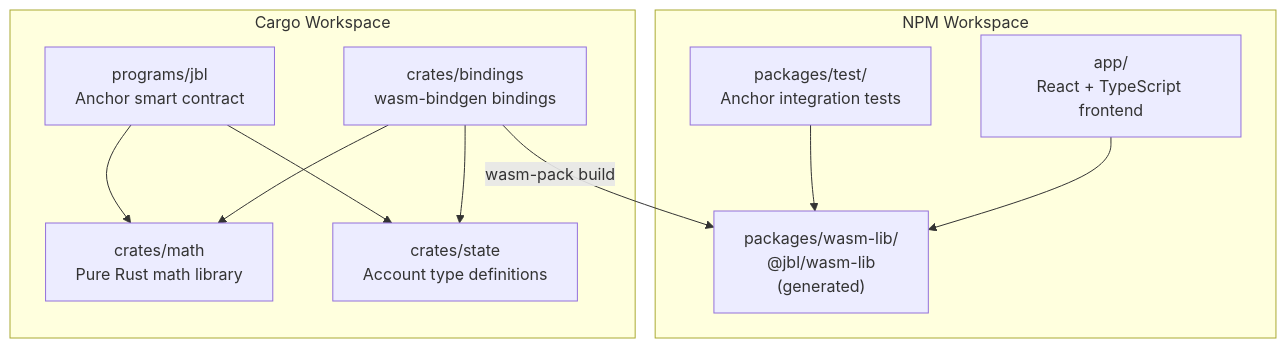
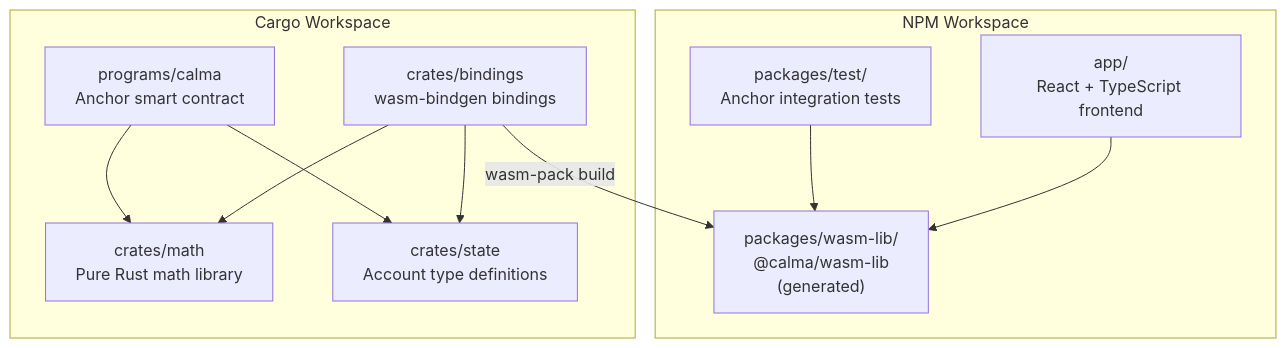
Before and after one commit to calma-labs/calma: the first of 7 diagrams in ARCHITECTURE.md, drawn with Mermaid. The commit also changed other lines of this file and 79 other files, not shown here.

````diff
--- a/ARCHITECTURE.md
+++ b/ARCHITECTURE.md
@@ -9,23 +9,23 @@
 ```mermaid
 graph TD
     subgraph NPM["NPM Workspace"]
         APP["app/\nReact + TypeScript frontend"]
         TEST["packages/test/\nAnchor integration tests"]
-        WASM_PKG["packages/wasm-lib/\n@jbl/wasm-lib\n(generated)"]
+        WASM_PKG["packages/wasm-lib/\n@calma/wasm-lib\n(generated)"]
     end
 
     subgraph CARGO["Cargo Workspace"]
-        PROGRAM["programs/jbl\nAnchor smart contract"]
+        PROGRAM["programs/calma\nAnchor smart contract"]
         MATH["crates/math\nPure Rust math library"]
         STATE["crates/state\nAccount type definitions"]
         WASM_CRATE["crates/bindings\nwasm-bindgen bindings"]
     end
 
     WASM_CRATE -->|"wasm-pack build"| WASM_PKG
     WASM_CRATE --> MATH
     WASM_CRATE --> STATE
     PROGRAM --> MATH
     PROGRAM --> STATE
     APP --> WASM_PKG
     TEST --> WASM_PKG
 ```
````
